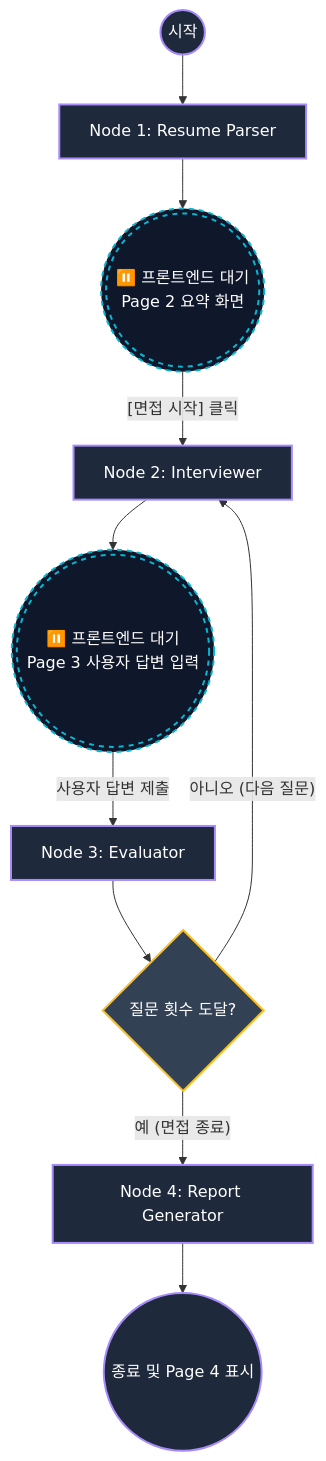
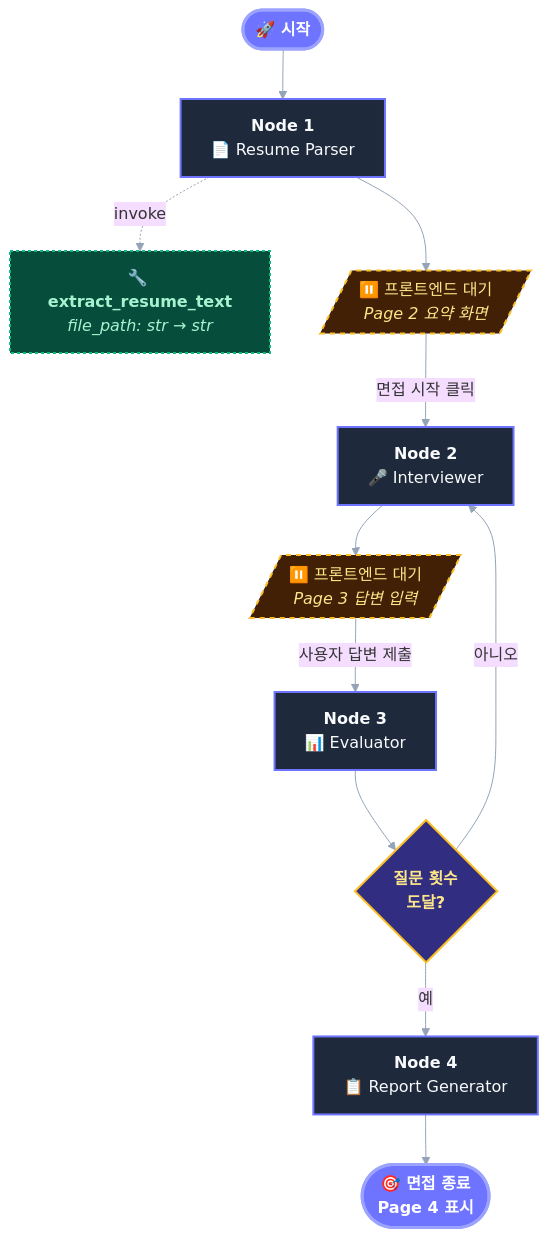
Before and after one commit to Origogi/mock-interview-agent: the diagram in backend/README.md, drawn with Mermaid.

Commit message:
docs(backend): mermaid 다이어그램 디자인 개선
- 시작/종료를 stadium shape + accent 컬러로 강조
- pause를 parallelogram + 노랑 점선으로 사용자 액션 필요 시각화
- tool 호출은 초록 점선 화살표로 차별화
- 노드 헤딩 + 역할 이모지로 visual hierarchy 추가
- 전역 fontFamily/lineColor를 init 블록으로 통일

````diff
--- a/backend/README.md
+++ b/backend/README.md
@@ -19,27 +19,35 @@
 ```mermaid
+%%{init: {
+  'theme': 'base',
+  'themeVariables': {
+    'fontFamily': 'Inter, system-ui, sans-serif',
+    'lineColor': '#94a3b8'
+  }
+}}%%
 graph TD
-    START((시작)) --> Node1[Node 1: Resume Parser]
+    START([🚀 시작]) --> Node1[<b>Node 1</b><br/>📄 Resume Parser]
 
-    Node1 --> Pause1(((⏸️ 프론트엔드 대기<br>Page 2 요약 화면)))
+    Node1 -.->|invoke| Tool1[🔧 <b>extract_resume_text</b><br/><i>file_path: str → str</i>]
+    Node1 --> Pause1[/⏸️ 프론트엔드 대기<br/><i>Page 2 요약 화면</i>/]
 
-    Pause1 -- "[면접 시작] 클릭" --> Node2[Node 2: Interviewer]
+    Pause1 -->|면접 시작 클릭| Node2[<b>Node 2</b><br/>🎤 Interviewer]
+    Node2 --> Pause2[/⏸️ 프론트엔드 대기<br/><i>Page 3 답변 입력</i>/]
+    Pause2 -->|사용자 답변 제출| Node3[<b>Node 3</b><br/>📊 Evaluator]
+    Node3 --> Check{<b>질문 횟수<br/>도달?</b>}
 
-    Node2 --> Pause2(((⏸️ 프론트엔드 대기<br>Page 3 사용자 답변 입력)))
+    Check -->|아니오| Node2
+    Check -->|예| Node4[<b>Node 4</b><br/>📋 Report Generator]
+    Node4 --> END([🎯 면접 종료<br/>Page 4 표시])
 
-    Pause2 -- "사용자 답변 제출" --> Node3[Node 3: Evaluator]
+    classDef startEnd fill:#6e74ff,stroke:#9ca3ff,stroke-width:3px,color:#fff,font-weight:bold;
+    classDef node fill:#1e293b,stroke:#6e74ff,stroke-width:2px,color:#f8fafc;
+    classDef pause fill:#422006,stroke:#fbbf24,stroke-width:2px,color:#fde68a,stroke-dasharray: 5 5;
+    classDef condition fill:#312e81,stroke:#fbbf24,stroke-width:2px,color:#fde68a;
+    classDef tool fill:#064e3b,stroke:#10b981,stroke-width:2px,color:#a7f3d0,stroke-dasharray: 3 3;
 
-    Node3 --> Check{질문 횟수 도달?}
-
-    Check -- "아니오 (다음 질문)" --> Node2
-    Check -- "예 (면접 종료)" --> Node4[Node 4: Report Generator]
-
-    Node4 --> END((종료 및 Page 4 표시))
-
-    classDef node fill:#1e293b,stroke:#a78bfa,stroke-width:2px,color:#fff;
-    classDef pause fill:#0f172a,stroke:#06b6d4,stroke-width:2px,color:#fff,stroke-dasharray: 5 5;
-    classDef condition fill:#334155,stroke:#fbbf24,stroke-width:2px,color:#fff;
-
+    class START,END startEnd;
     class Node1,Node2,Node3,Node4 node;
     class Pause1,Pause2 pause;
     class Check condition;
+    class Tool1 tool;
 ```
````
